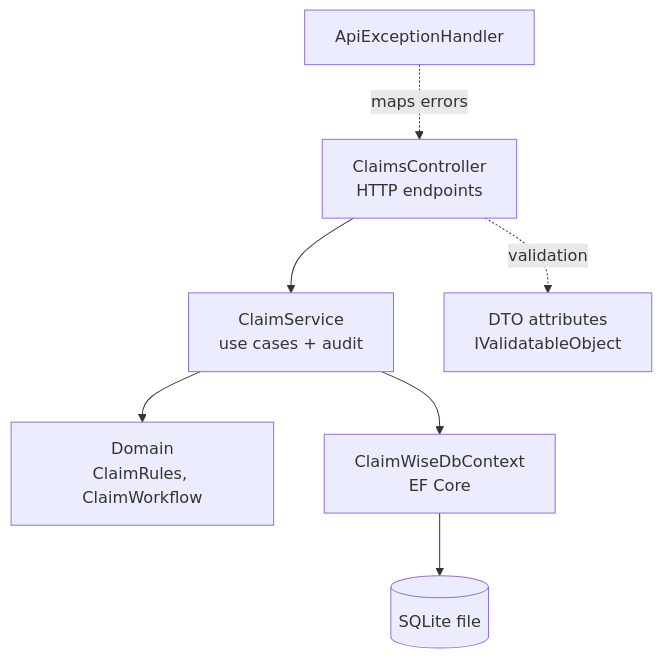
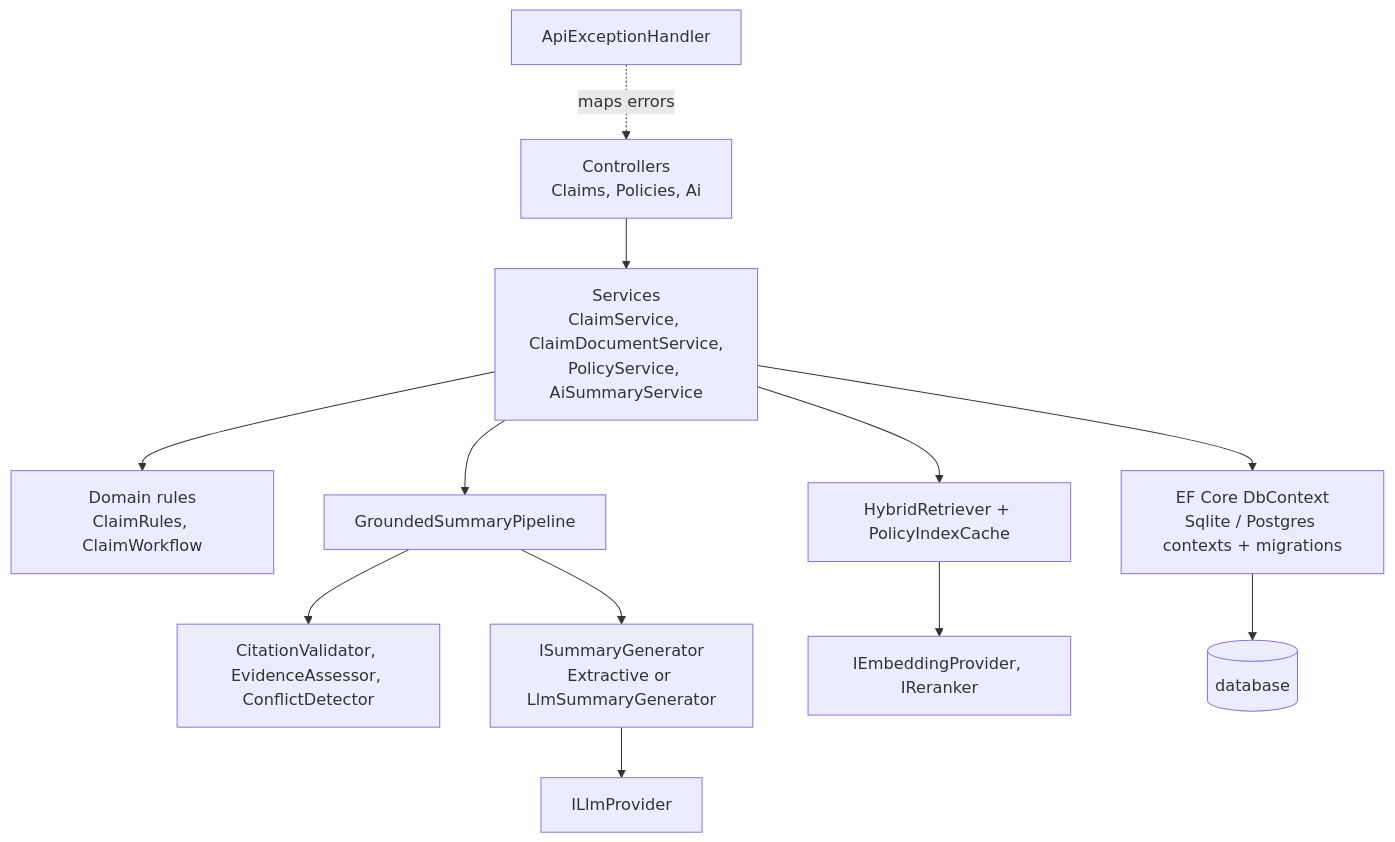
The second of 4 diagrams in docs/architecture.md (shruthilakshmi008-BA/ClaimWise-AI), drawn with Mermaid before and after one commit. The commit also changed other lines of this file and 3 other files, not shown here.

First line of the commit message:
docs(architecture): replace planned-work text with the implemented design

````diff
--- a/docs/architecture.md
+++ b/docs/architecture.md
@@ -18,9 +20,14 @@
 ```mermaid
 flowchart TD
-    C[ClaimsController<br/>HTTP endpoints] --> S[ClaimService<br/>use cases + audit]
-    S --> D[Domain<br/>ClaimRules, ClaimWorkflow]
-    S --> X[ClaimWiseDbContext<br/>EF Core]
-    X --> DB[(SQLite file)]
-    C -. validation .-> V[DTO attributes<br/>IValidatableObject]
-    E[ApiExceptionHandler] -. maps errors .-> C
+    C[Controllers<br/>Claims, Policies, Ai] --> S[Services<br/>ClaimService, ClaimDocumentService,<br/>PolicyService, AiSummaryService]
+    S --> D[Domain rules<br/>ClaimRules, ClaimWorkflow]
+    S --> X[EF Core DbContext<br/>Sqlite / Postgres contexts + migrations]
+    S --> G[GroundedSummaryPipeline]
+    S --> H[HybridRetriever + PolicyIndexCache]
+    G --> V[CitationValidator, EvidenceAssessor, ConflictDetector]
+    G --> Gen[ISummaryGenerator<br/>Extractive or LlmSummaryGenerator]
+    Gen --> P[ILlmProvider]
+    H --> E[IEmbeddingProvider, IReranker]
+    X --> DB[(database)]
+    EH[ApiExceptionHandler] -. maps errors .-> C
 ```
````
